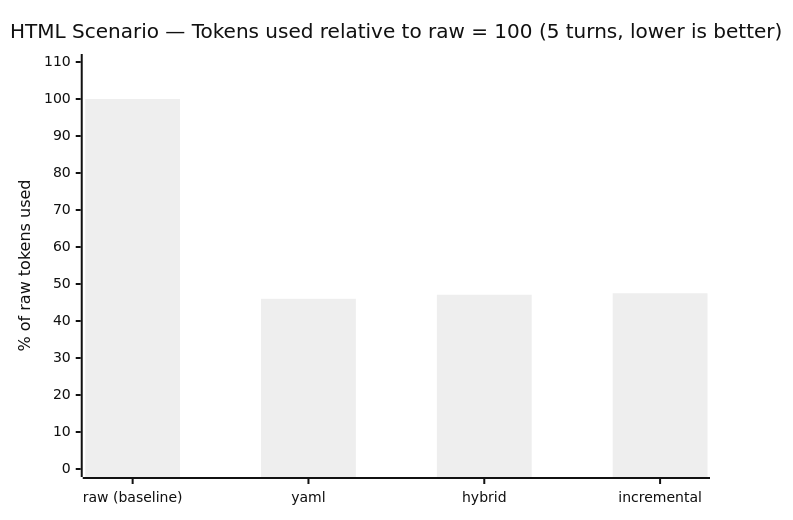
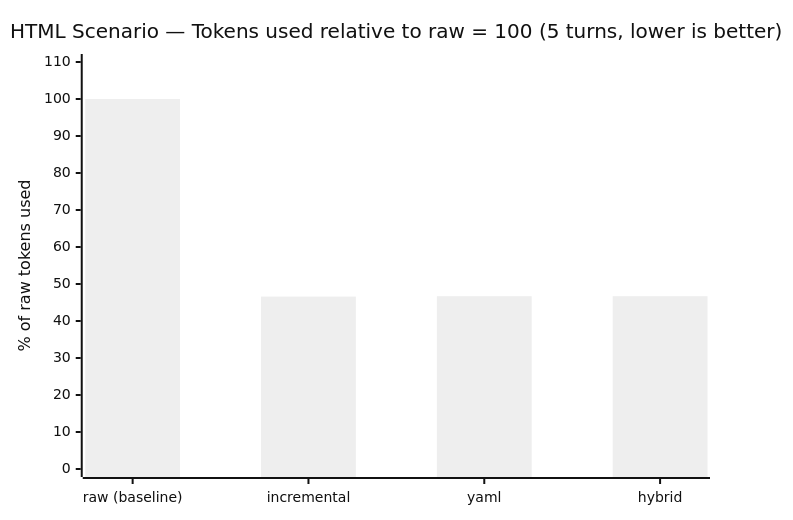
Before and after one commit to gincarbone/shapeshifter: the first of 4 diagrams in README.md, drawn with Mermaid (neutral theme). The commit also changed other lines of this file and 7 other files, not shown here.

````diff
--- a/README.md
+++ b/README.md
@@ -316,7 +316,7 @@
 ```mermaid
 xychart-beta
     title "HTML Scenario — Tokens used relative to raw = 100 (5 turns, lower is better)"
-    x-axis ["raw (baseline)", "yaml", "hybrid", "incremental"]
+    x-axis ["raw (baseline)", "incremental", "yaml", "hybrid"]
     y-axis "% of raw tokens used" 0 --> 110
-    bar [100, 46.0, 47.1, 47.5]
+    bar [100, 46.6, 46.7, 46.7]
 ```
````
